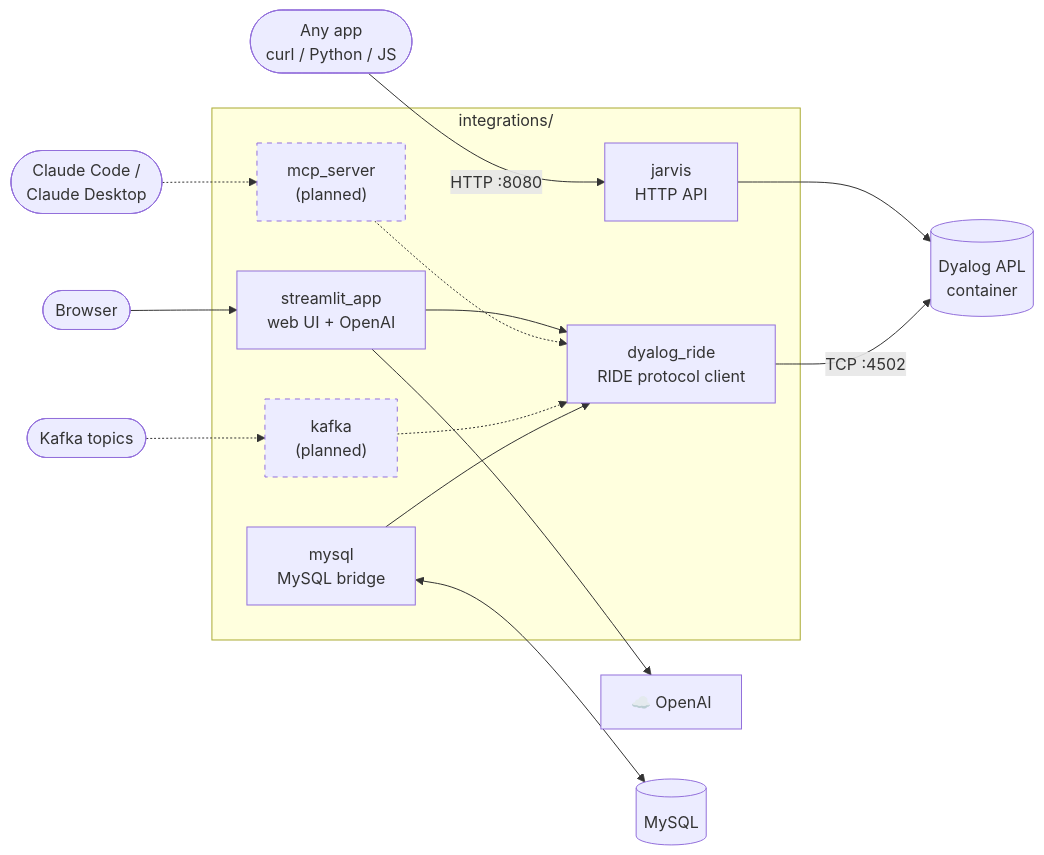
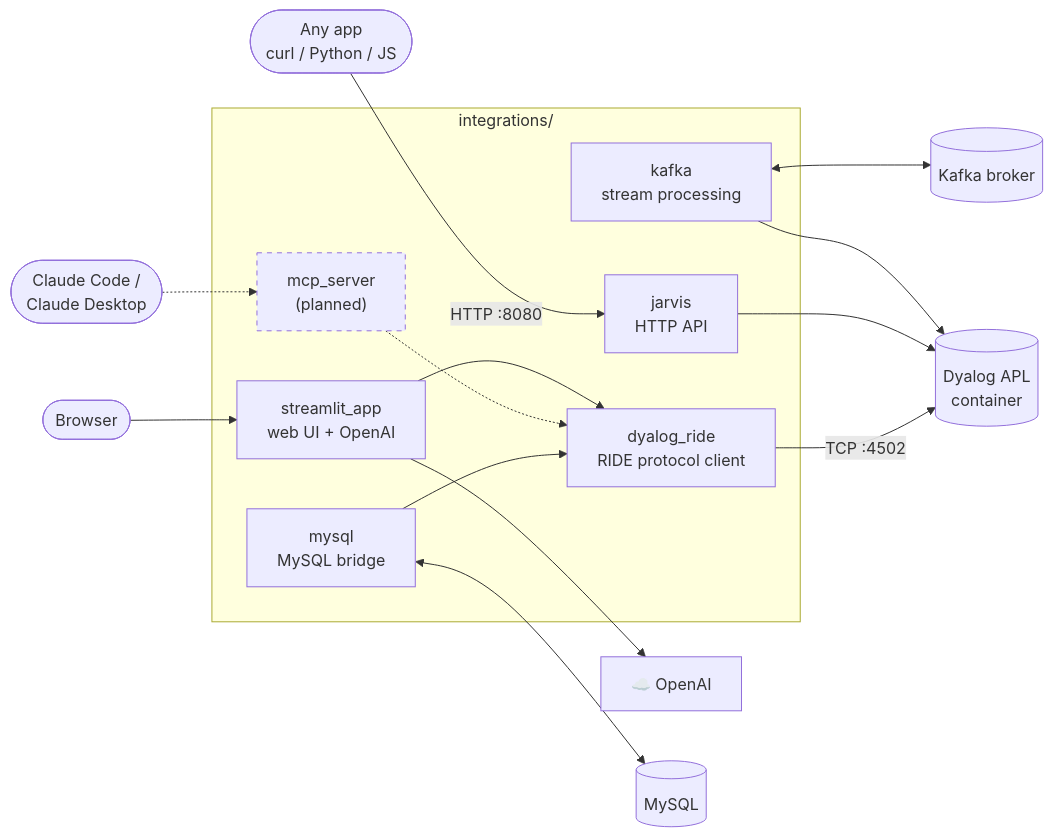
One commit to wshamim1/dyalog-apl-lab changed the diagram in integrations/README.md. Above: the diagram before and after it, drawn with Mermaid. The commit also changed other lines of this file and 35 other files, not shown here.

````diff
--- a/integrations/README.md
+++ b/integrations/README.md
@@ -20,27 +20,27 @@
 ```mermaid
 flowchart LR
     subgraph integrations["integrations/"]
         st["streamlit_app<br/>web UI + OpenAI"]
         mcp["mcp_server<br/>(planned)"]:::planned
-        kafka["kafka<br/>(planned)"]:::planned
+        kafka["kafka<br/>stream processing"]
         mysqlint["mysql<br/>MySQL bridge"]
         jarvis["jarvis<br/>HTTP API"]
         ride["dyalog_ride<br/>RIDE protocol client"]
     end
 
     browser(["Browser"]) --> st
     llmclients(["Claude Code /<br/>Claude Desktop"]) -.-> mcp
-    topics(["Kafka topics"]) -.-> kafka
+    kafka <--> topics[("Kafka broker")]
     st --> openai["☁️ OpenAI"]
     mysqlint <--> mysqldb[("MySQL")]
 
     st --> ride
     mcp -.-> ride
-    kafka -.-> ride
+    kafka --> dyalog
     mysqlint --> ride
     apps(["Any app<br/>curl / Python / JS"]) -- "HTTP :8080" --> jarvis
     jarvis --> dyalog
     ride -- "TCP :4502" --> dyalog[("Dyalog APL<br/>container")]
 
     classDef planned stroke-dasharray: 5 5
 ```
````
